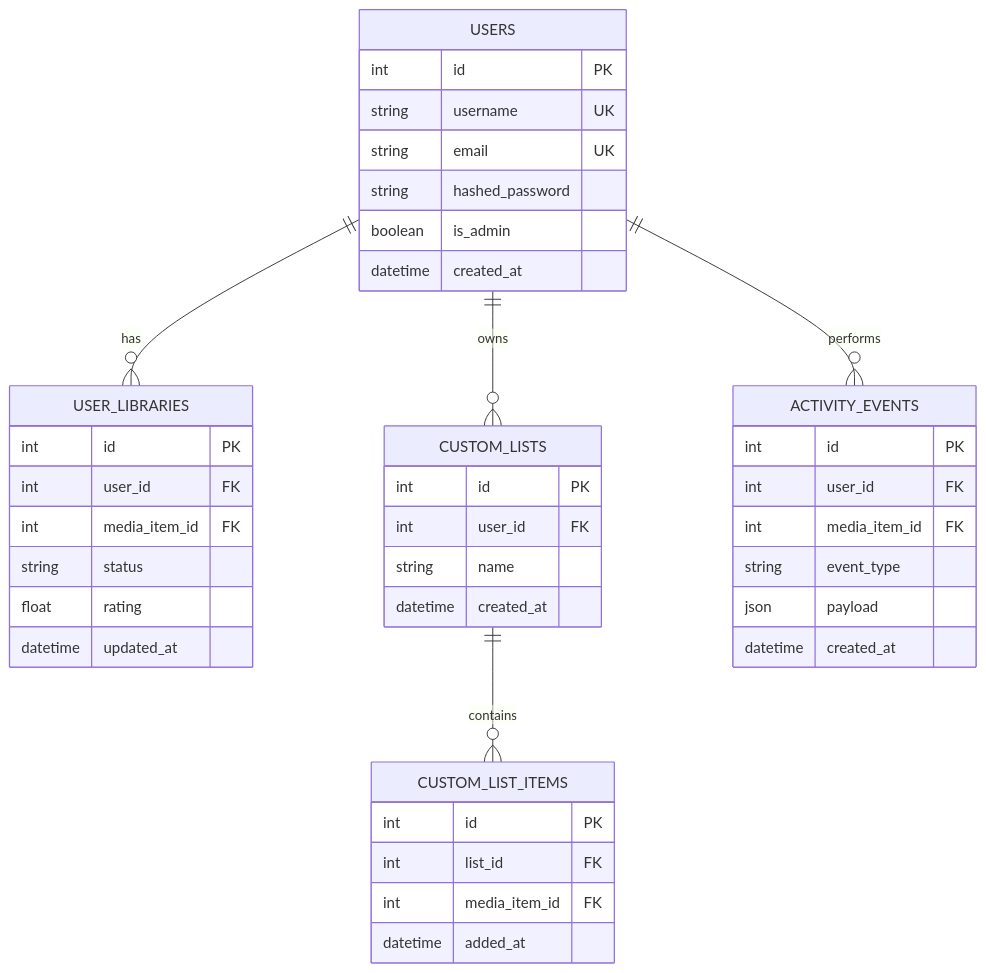
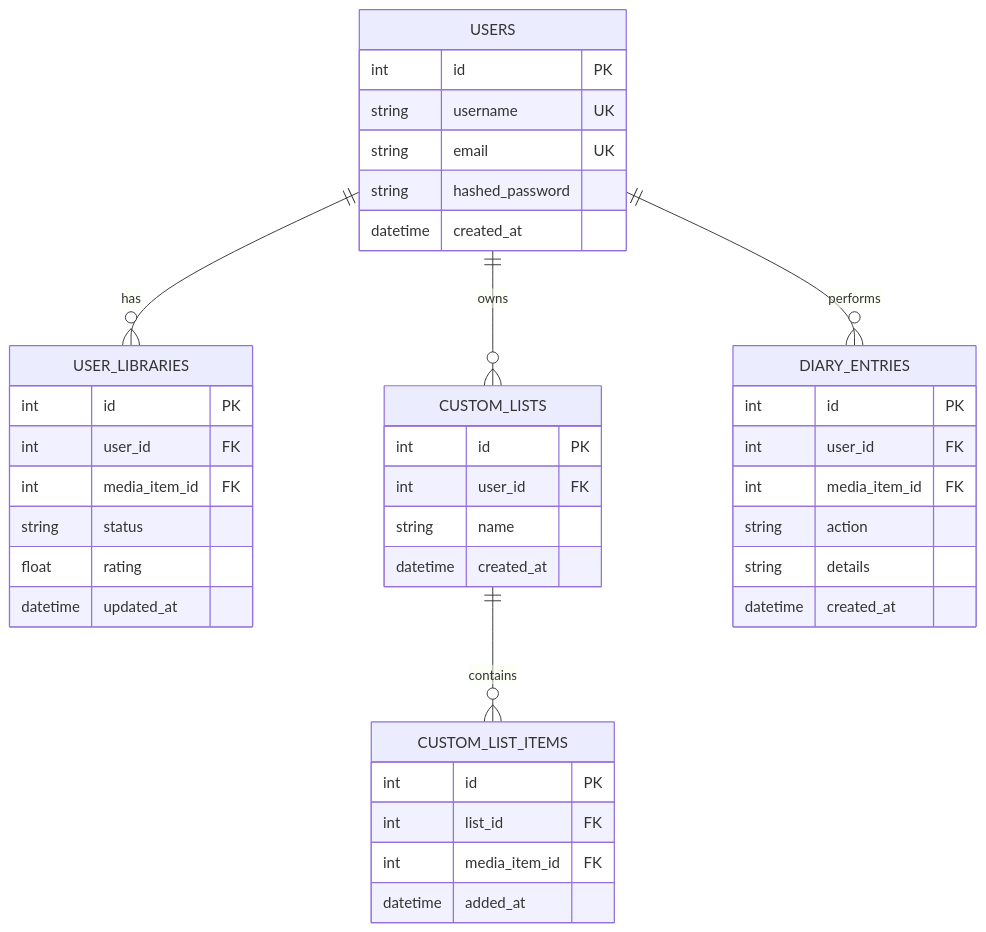
Before and after one commit to metezd/OmniLog: the second of 7 diagrams in docs/analysis/data/er-diagram.md, drawn with Mermaid. The commit also changed other lines of this file and 16 other files, not shown here.

````diff
--- a/docs/analysis/data/er-diagram.md
+++ b/docs/analysis/data/er-diagram.md
@@ -42,43 +51,42 @@
 ```mermaid
 erDiagram
     USERS {
         int id PK
         string username UK
         string email UK
         string hashed_password
-        boolean is_admin
         datetime created_at
     }
     USER_LIBRARIES {
         int id PK
         int user_id FK
         int media_item_id FK
         string status
         float rating
         datetime updated_at
     }
     CUSTOM_LISTS {
         int id PK
         int user_id FK
         string name
         datetime created_at
     }
     CUSTOM_LIST_ITEMS {
         int id PK
         int list_id FK
         int media_item_id FK
         datetime added_at
     }
-    ACTIVITY_EVENTS {
+    DIARY_ENTRIES {
         int id PK
         int user_id FK
         int media_item_id FK
-        string event_type
-        json payload
+        string action
+        string details
         datetime created_at
     }
     USERS ||--o{ USER_LIBRARIES : "has"
     USERS ||--o{ CUSTOM_LISTS : "owns"
     CUSTOM_LISTS ||--o{ CUSTOM_LIST_ITEMS : "contains"
-    USERS ||--o{ ACTIVITY_EVENTS : "performs"
+    USERS ||--o{ DIARY_ENTRIES : "performs"
 ```
````
